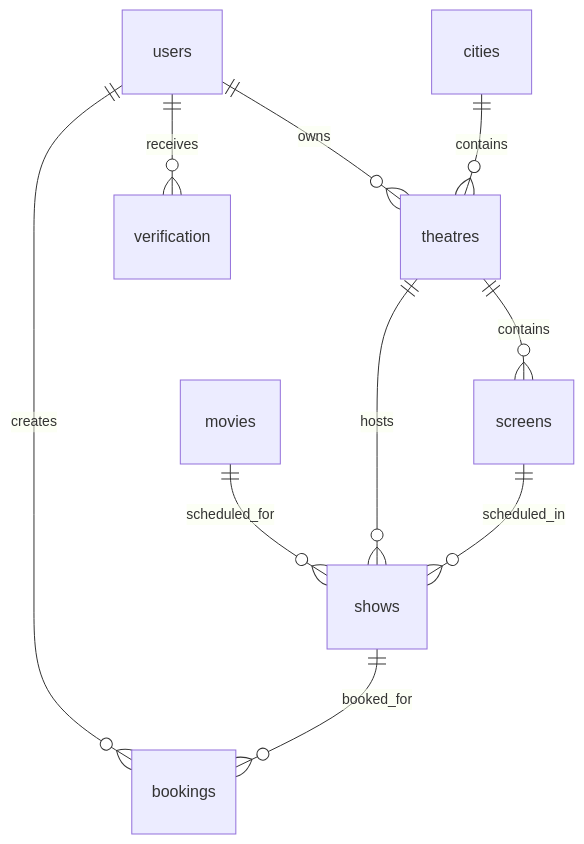
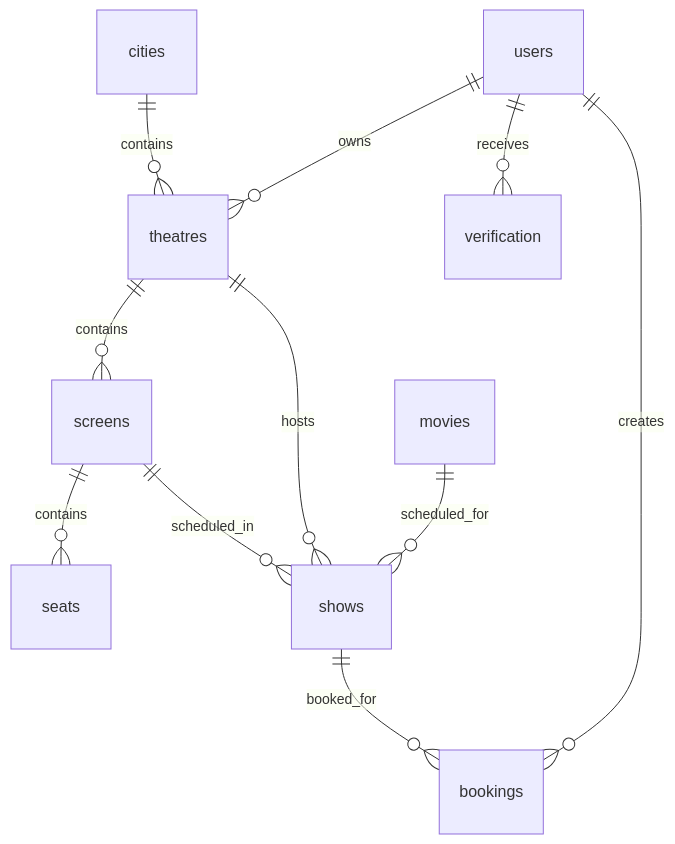
One commit to Shravan-509/BookMyShow changed the diagram in docs/DATABASE.md. Above: the diagram before and after it, drawn with Mermaid. The commit also changed other lines of this file and 31 other files, not shown here.

````diff
--- a/docs/DATABASE.md
+++ b/docs/DATABASE.md
@@ -29,12 +30,13 @@
 ```mermaid
 erDiagram
     users ||--o{ theatres : owns
     cities ||--o{ theatres : contains
     theatres ||--o{ screens : contains
+    screens ||--o{ seats : contains
     users ||--o{ bookings : creates
     users ||--o{ verification : receives
     movies ||--o{ shows : scheduled_for
     theatres ||--o{ shows : hosts
     screens ||--o{ shows : scheduled_in
     shows ||--o{ bookings : booked_for
 ```
````
